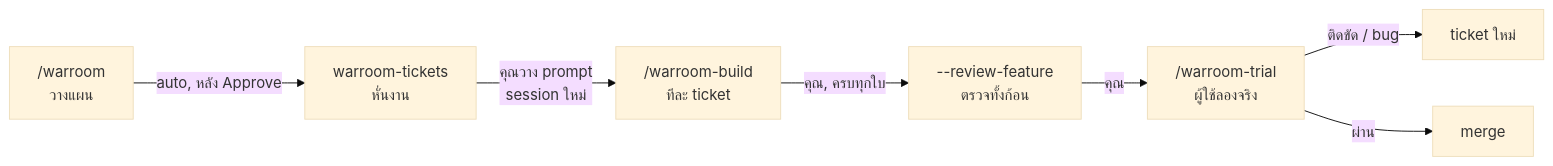
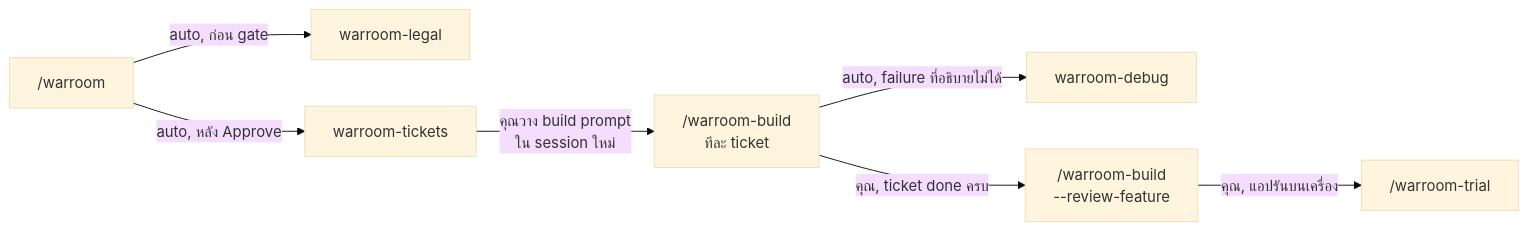
One commit to mousemouse094526/kiki-kit changed the first of 8 diagrams in docs/flow.th.md. Above: the diagram before and after it, drawn with Mermaid (base theme). The commit also changed other lines of this file and 1 other file, not shown here.

Commit message:
docs(flow): restore the original whole-path diagram

````diff
--- a/docs/flow.th.md
+++ b/docs/flow.th.md
@@ -42,17 +42,17 @@
 ```mermaid
 flowchart LR
-    W["/warroom<br/>วางแผน"]
-    T["warroom-tickets<br/>หั่นงาน"]
+    W["/warroom"]
+    L["warroom-legal"]
+    T["warroom-tickets"]
     B["/warroom-build<br/>ทีละ ticket"]
-    R["--review-feature<br/>ตรวจทั้งก้อน"]
-    TR["/warroom-trial<br/>ผู้ใช้ลองจริง"]
-    NT["ticket ใหม่"]
-    M["merge"]
+    D["warroom-debug"]
+    R["/warroom-build<br/>--review-feature"]
+    TR["/warroom-trial"]
 
+    W -->|auto, ก่อน gate| L
     W -->|auto, หลัง Approve| T
-    T -->|คุณวาง prompt<br/>session ใหม่| B
-    B -->|คุณ, ครบทุกใบ| R
-    R -->|คุณ| TR
-    TR -->|ติดขัด / bug| NT
-    TR -->|ผ่าน| M
+    T -->|คุณวาง build prompt<br/>ใน session ใหม่| B
+    B -->|auto, failure ที่อธิบายไม่ได้| D
+    B -->|คุณ, ticket done ครบ| R
+    R -->|คุณ, แอปรันบนเครื่อง| TR
 ```
````
